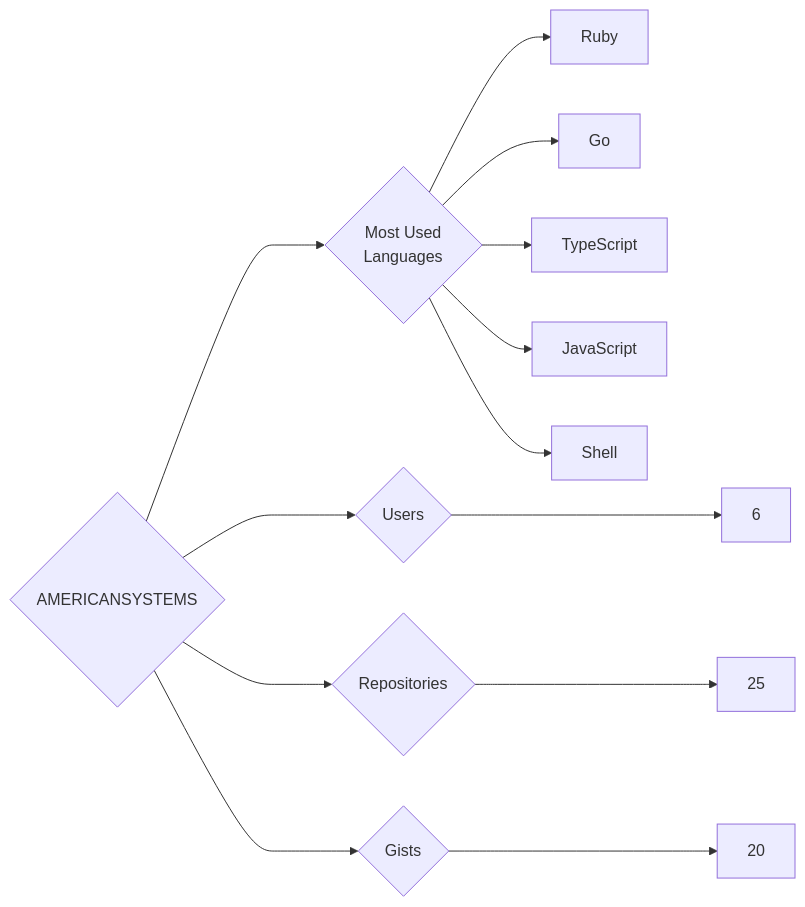
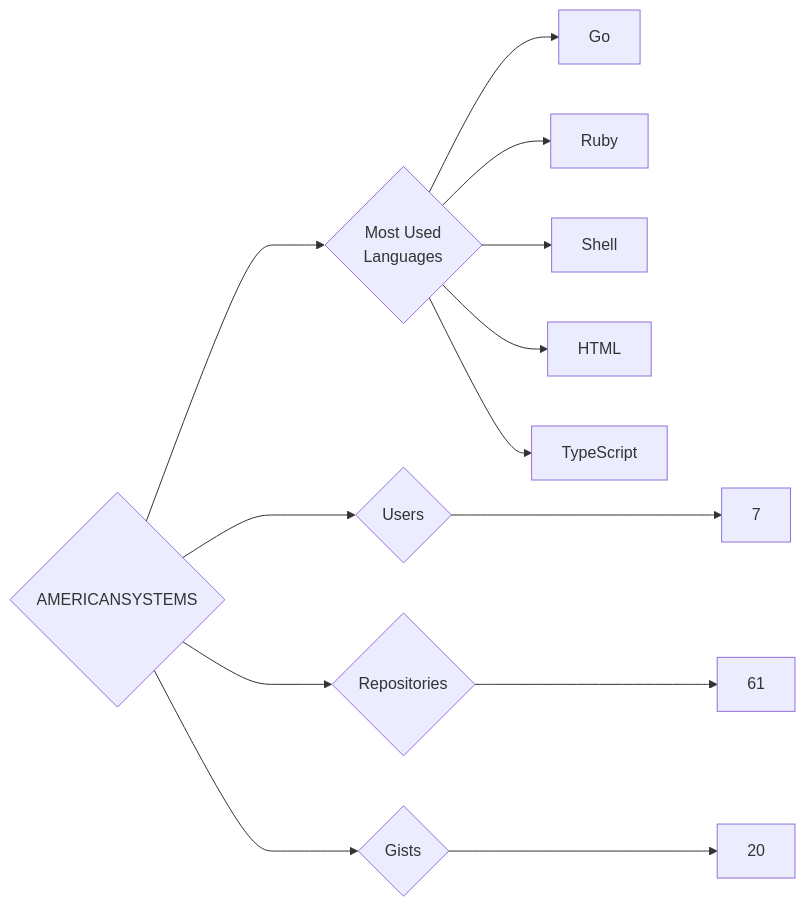
One commit to trickest/insiders changed the diagram in targets/AMERICANSYSTEMS/README.md. Above: the diagram before and after it, drawn with Mermaid. The commit also changed 1166 other files, not shown here.

````diff
--- a/targets/AMERICANSYSTEMS/README.md
+++ b/targets/AMERICANSYSTEMS/README.md
@@ -3,13 +3,13 @@
 ```mermaid
 graph LR
 COMPANY_NAME{AMERICANSYSTEMS}
-COMPANY_NAME ---> U{Users} ---> UN[6]
-COMPANY_NAME ---> R{Repositories} ---> RN[25]
+COMPANY_NAME ---> U{Users} ---> UN[7]
+COMPANY_NAME ---> R{Repositories} ---> RN[61]
 COMPANY_NAME ---> G{Gists} ---> GN[20]
 COMPANY_NAME ---> ML{Most Used<br>Languages}
+ML --> Go[Go]
 ML --> Ruby[Ruby]
-ML --> Go[Go]
+ML --> Shell[Shell]
+ML --> HTML[HTML]
 ML --> TypeScript[TypeScript]
-ML --> JavaScript[JavaScript]
-ML --> Shell[Shell]
 ```
````
